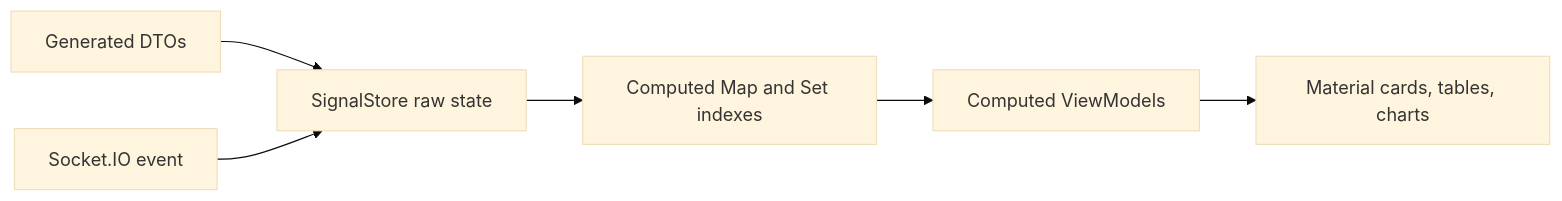
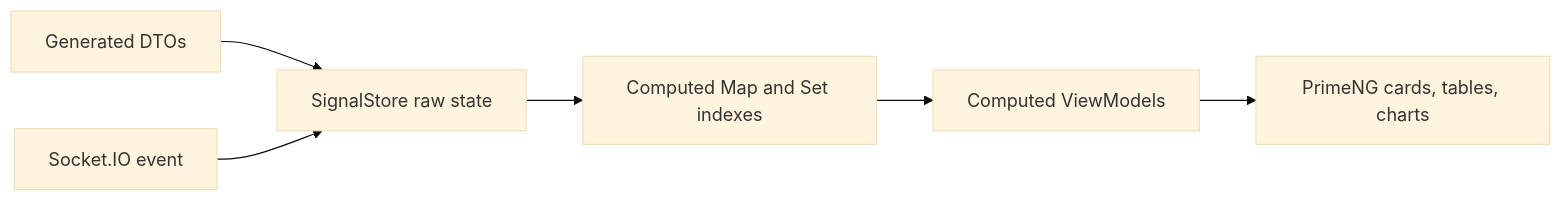
The diagram in documentation/10-ngrx-signalstore-state-plan.md (JeffreySanford/architecture-intelligence-lab), drawn with Mermaid (base theme) before and after one commit. The commit also changed 50 other files, not shown here.

````diff
--- a/documentation/10-ngrx-signalstore-state-plan.md
+++ b/documentation/10-ngrx-signalstore-state-plan.md
@@ -50,8 +50,8 @@
 ```mermaid
 flowchart LR
   DTOs[Generated DTOs] --> Store[SignalStore raw state]
   Store --> Indexes[Computed Map and Set indexes]
   Indexes --> ViewModels[Computed ViewModels]
-  ViewModels --> UI[Material cards, tables, charts]
+  ViewModels --> UI[PrimeNG cards, tables, charts]
   SocketEvent[Socket.IO event] --> Store
 ```
````
